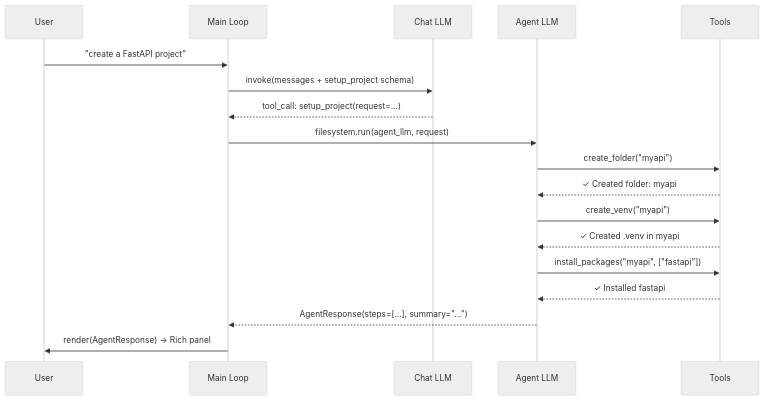
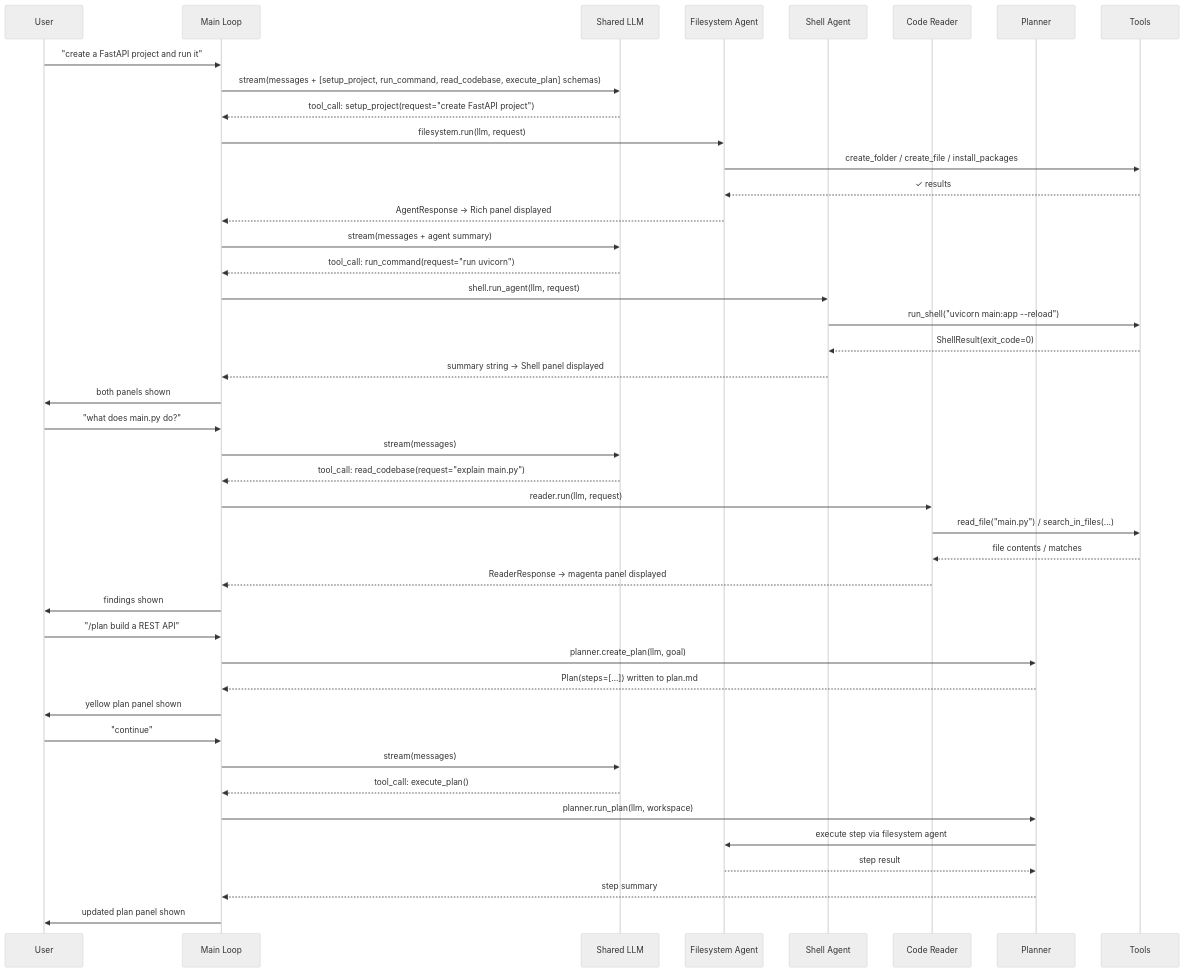
One commit to prashanth-ds-ml/local-codex changed the second of 2 diagrams in docs/Architecture.md. Above: the diagram before and after it, drawn with Mermaid (neutral theme). The commit also changed other lines of this file and 29 other files, not shown here.

First line of the commit message:
Add brainstorm agent — clarifying Q&A before /plan

````diff
--- a/docs/Architecture.md
+++ b/docs/Architecture.md
@@ -87,21 +204,49 @@
 ```mermaid
 sequenceDiagram
     participant U as User
     participant M as Main Loop
-    participant C as Chat LLM
-    participant A as Agent LLM
+    participant C as Shared LLM
+    participant FA as Filesystem Agent
+    participant SA as Shell Agent
+    participant RA as Code Reader
+    participant PA as Planner
     participant T as Tools
 
-    U->>M: "create a FastAPI project"
-    M->>C: invoke(messages + setup_project schema)
-    C-->>M: tool_call: setup_project(request=...)
-    M->>A: filesystem.run(agent_llm, request)
-    A->>T: create_folder("myapi")
-    T-->>A: ✓ Created folder: myapi
-    A->>T: create_venv("myapi")
-    T-->>A: ✓ Created .venv in myapi
-    A->>T: install_packages("myapi", ["fastapi"])
-    T-->>A: ✓ Installed fastapi
-    A-->>M: AgentResponse(steps=[...], summary="...")
-    M->>U: render(AgentResponse) → Rich panel
+    U->>M: "create a FastAPI project and run it"
+    M->>C: stream(messages + [setup_project, run_command, read_codebase, execute_plan] schemas)
+    C-->>M: tool_call: setup_project(request="create FastAPI project")
+    M->>FA: filesystem.run(llm, request)
+    FA->>T: create_folder / create_file / install_packages
+    T-->>FA: ✓ results
+    FA-->>M: AgentResponse → Rich panel displayed
+    M->>C: stream(messages + agent summary)
+    C-->>M: tool_call: run_command(request="run uvicorn")
+    M->>SA: shell.run_agent(llm, request)
+    SA->>T: run_shell("uvicorn main:app --reload")
+    T-->>SA: ShellResult(exit_code=0)
+    SA-->>M: summary string → Shell panel displayed
+    M->>U: both panels shown
+
+    U->>M: "what does main.py do?"
+    M->>C: stream(messages)
+    C-->>M: tool_call: read_codebase(request="explain main.py")
+    M->>RA: reader.run(llm, request)
+    RA->>T: read_file("main.py") / search_in_files(…)
+    T-->>RA: file contents / matches
+    RA-->>M: ReaderResponse → magenta panel displayed
+    M->>U: findings shown
+
+    U->>M: "/plan build a REST API"
+    M->>PA: planner.create_plan(llm, goal)
+    PA-->>M: Plan(steps=[…]) written to plan.md
+    M->>U: yellow plan panel shown
+
+    U->>M: "continue"
+    M->>C: stream(messages)
+    C-->>M: tool_call: execute_plan()
+    M->>PA: planner.run_plan(llm, workspace)
+    PA->>FA: execute step via filesystem agent
+    FA-->>PA: step result
+    PA-->>M: step summary
+    M->>U: updated plan panel shown
 ```
````
